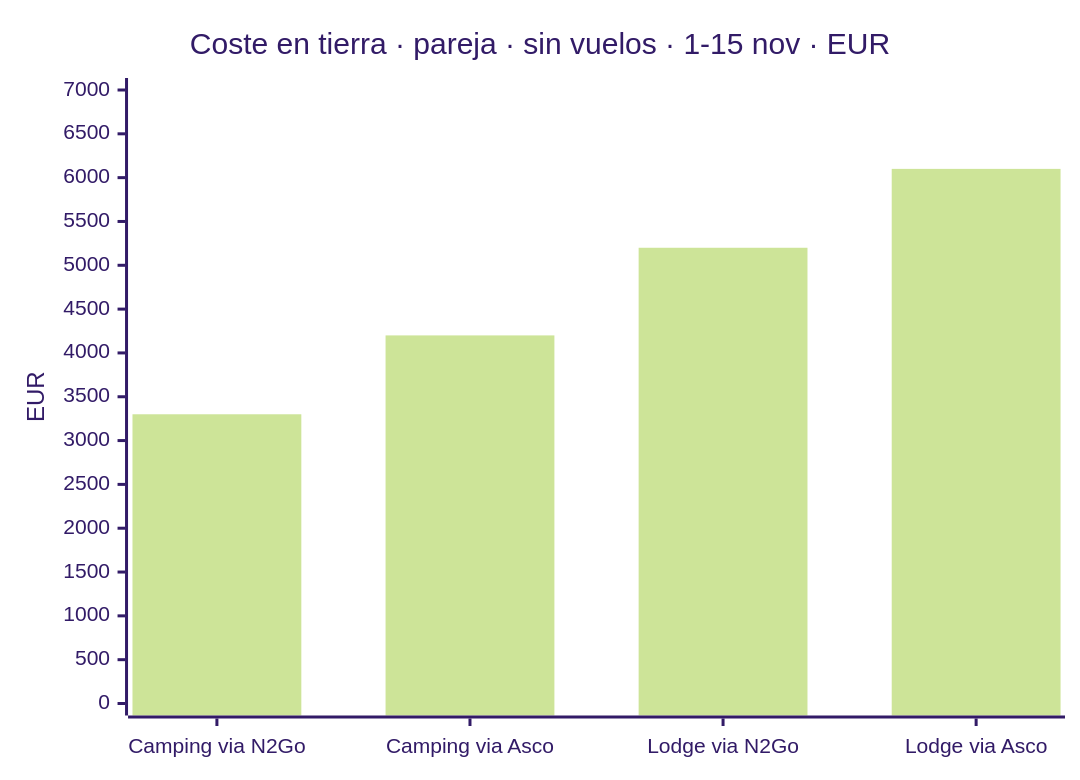
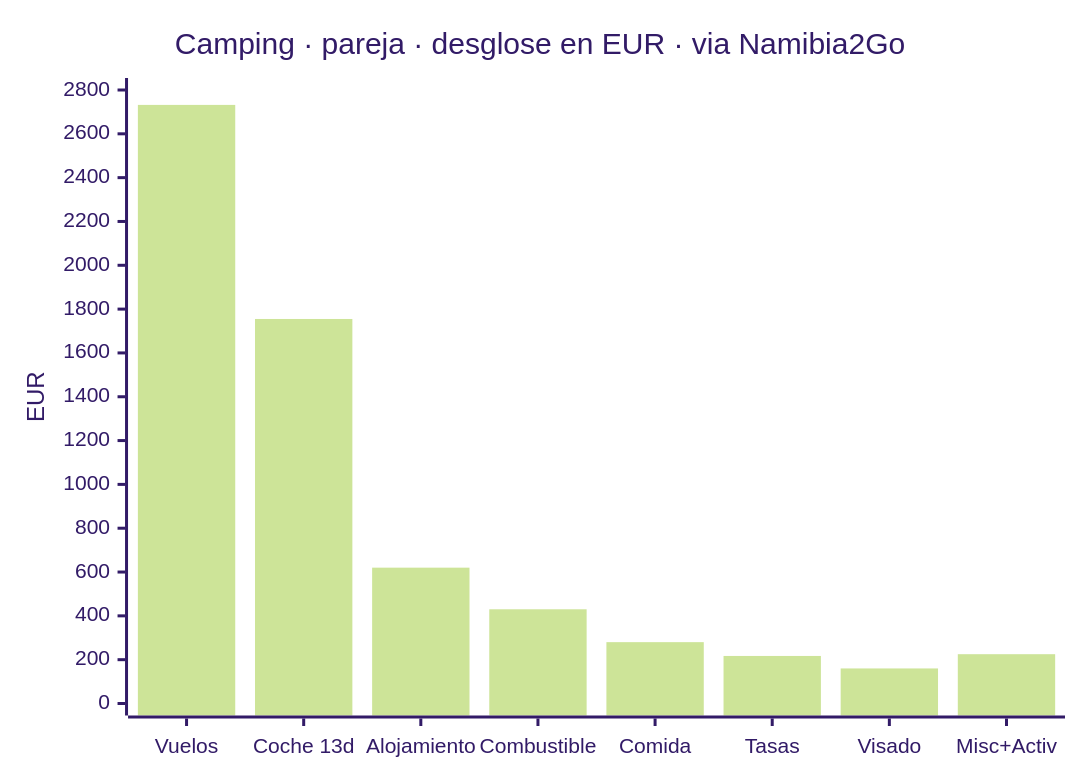
Before and after one commit to morandeirachema/namibia: the sixth of 8 diagrams in README.md, drawn with Mermaid (forest theme). The commit also changed other lines of this file, not shown here.

````diff
--- a/README.md
+++ b/README.md
@@ -220,7 +232,7 @@
 ```mermaid
 xychart-beta
-    title "Coste en tierra · pareja · sin vuelos · 1-15 nov · EUR"
-    x-axis ["Camping via N2Go", "Camping via Asco", "Lodge via N2Go", "Lodge via Asco"]
-    y-axis "EUR" 0 --> 7000
-    bar [3300, 4200, 5200, 6100]
+    title "Camping · pareja · desglose en EUR · via Namibia2Go"
+    x-axis ["Vuelos", "Coche 13d", "Alojamiento", "Combustible", "Comida", "Tasas", "Visado", "Misc+Activ"]
+    y-axis "EUR" 0 --> 2800
+    bar [2732, 1755, 620, 430, 280, 217, 160, 225]
 ```
````
